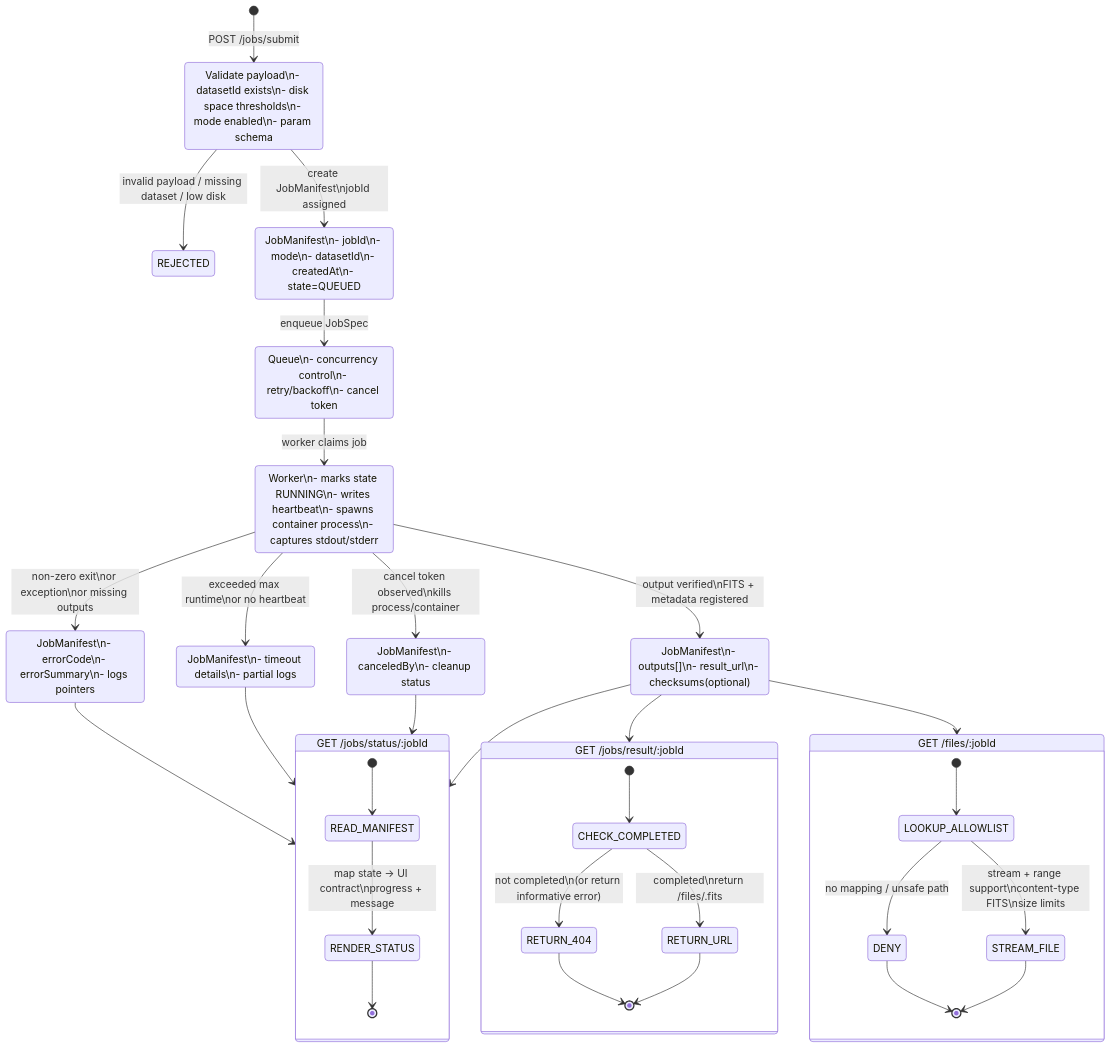
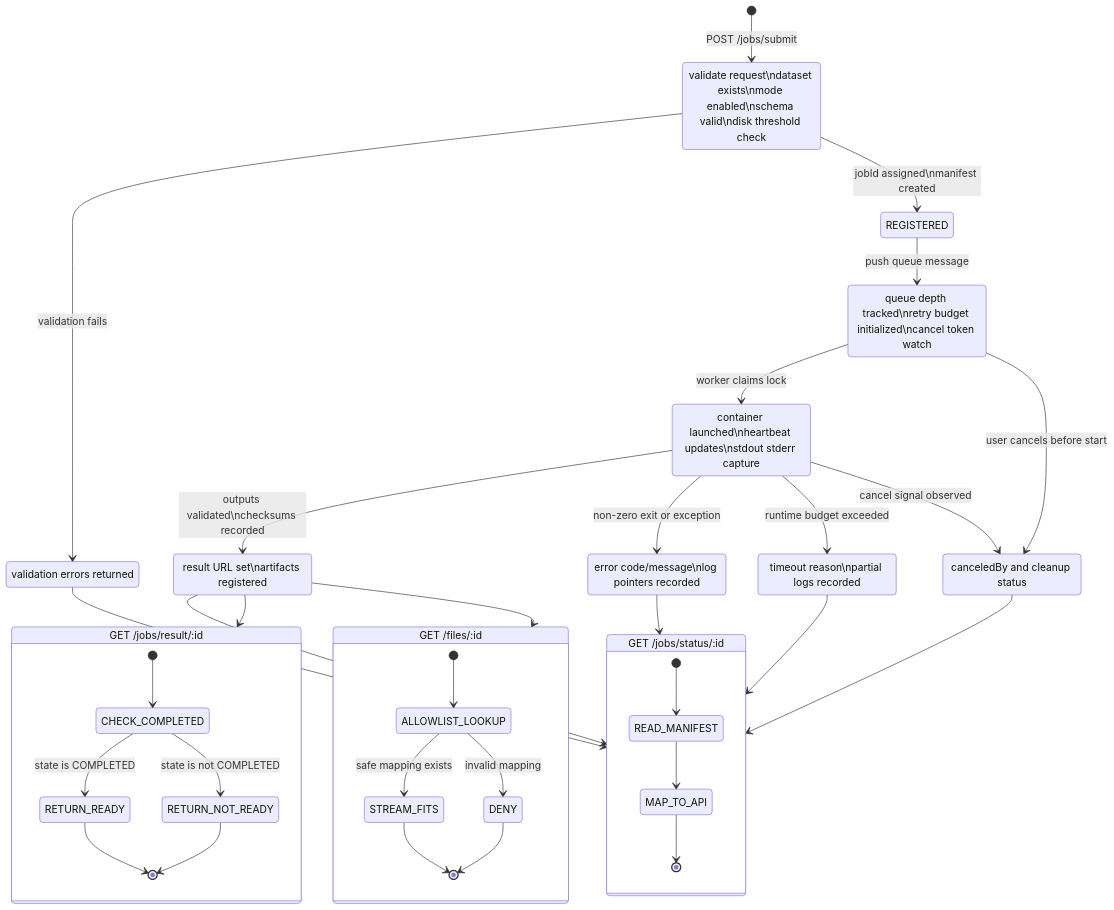
One commit to JeffreySanford/cosmic-horizon changed the second of 3 diagrams in documentation/ideas/jobs-real-data/architecture-diagram.md. Above: the diagram before and after it, drawn with Mermaid. The commit also changed other lines of this file and 33 other files, not shown here.

Commit message:
Phase 3 real‑data jobs: queue architecture, CASA‑Astropy service, tests, CI integration, docs and cleanup

````diff
--- a/documentation/ideas/jobs-real-data/architecture-diagram.md
+++ b/documentation/ideas/jobs-real-data/architecture-diagram.md
@@ -108,62 +127,56 @@
 ```mermaid
 stateDiagram-v2
-  %% ==========================================================
-  %% JOB LIFECYCLE + STATE MACHINE (DEEP DIVE)
-  %% ==========================================================
-
   [*] --> VALIDATING: POST /jobs/submit
 
-  VALIDATING: Validate payload\n- datasetId exists\n- disk space thresholds\n- mode enabled\n- param schema
-  VALIDATING --> REJECTED: invalid payload / missing dataset / low disk
-  VALIDATING --> REGISTERED: create JobManifest\njobId assigned
+  VALIDATING: validate request\ndataset exists\nmode enabled\nschema valid\ndisk threshold check
+  VALIDATING --> REJECTED: validation fails
+  VALIDATING --> REGISTERED: jobId assigned\nmanifest created
 
-  REGISTERED: JobManifest\n- jobId\n- mode\n- datasetId\n- createdAt\n- state=QUEUED
-  REGISTERED --> QUEUED: enqueue JobSpec
+  REGISTERED --> QUEUED: push queue message
 
-  QUEUED: Queue\n- concurrency control\n- retry/backoff\n- cancel token
-  QUEUED --> RUNNING: worker claims job
+  QUEUED: queue depth tracked\nretry budget initialized\ncancel token watch
+  QUEUED --> RUNNING: worker claims lock
+  QUEUED --> CANCELED: user cancels before start
 
-  RUNNING: Worker\n- marks state RUNNING\n- writes heartbeat\n- spawns container process\n- captures stdout/stderr
-  RUNNING --> FAILED: non-zero exit\nor exception\nor missing outputs
-  RUNNING --> TIMED_OUT: exceeded max runtime\nor no heartbeat
-  RUNNING --> CANCELED: cancel token observed\nkills process/container
-  RUNNING --> COMPLETED: output verified\nFITS + metadata registered
+  RUNNING: container launched\nheartbeat updates\nstdout stderr capture
+  RUNNING --> COMPLETED: outputs validated\nchecksums recorded
+  RUNNING --> FAILED: non-zero exit or exception
+  RUNNING --> TIMED_OUT: runtime budget exceeded
+  RUNNING --> CANCELED: cancel signal observed
 
-  FAILED: JobManifest\n- errorCode\n- errorSummary\n- logs pointers
-  TIMED_OUT: JobManifest\n- timeout details\n- partial logs
-  CANCELED: JobManifest\n- canceledBy\n- cleanup status
-  COMPLETED: JobManifest\n- outputs[]\n- result_url\n- checksums(optional)
+  COMPLETED: result URL set\nartifacts registered
+  FAILED: error code/message\nlog pointers recorded
+  TIMED_OUT: timeout reason\npartial logs recorded
+  CANCELED: canceledBy and cleanup status
+  REJECTED: validation errors returned
 
-  %% status polling behavior
-  state "GET /jobs/status/:jobId" as STATUS {
+  state "GET /jobs/status/:id" as STATUS {
     [*] --> READ_MANIFEST
-    READ_MANIFEST --> RENDER_STATUS: map state -> UI contract\nprogress + message
-    RENDER_STATUS --> [*]
+    READ_MANIFEST --> MAP_TO_API
+    MAP_TO_API --> [*]
   }
 
-  %% result behavior
-  state "GET /jobs/result/:jobId" as RESULT {
+  state "GET /jobs/result/:id" as RESULT {
     [*] --> CHECK_COMPLETED
-    CHECK_COMPLETED --> RETURN_404: not completed\n(or return informative error)
-    CHECK_COMPLETED --> RETURN_URL: completed\nreturn /files/<jobId>.fits
-    RETURN_404 --> [*]
-    RETURN_URL --> [*]
+    CHECK_COMPLETED --> RETURN_READY: state is COMPLETED
+    CHECK_COMPLETED --> RETURN_NOT_READY: state is not COMPLETED
+    RETURN_READY --> [*]
+    RETURN_NOT_READY --> [*]
   }
 
-  %% file serving behavior
-  state "GET /files/:jobId" as FILES {
-    [*] --> LOOKUP_ALLOWLIST
-    LOOKUP_ALLOWLIST --> DENY: no mapping / unsafe path
-    LOOKUP_ALLOWLIST --> STREAM_FILE: stream + range support\ncontent-type FITS\nsize limits
+  state "GET /files/:id" as FILES {
+    [*] --> ALLOWLIST_LOOKUP
+    ALLOWLIST_LOOKUP --> STREAM_FITS: safe mapping exists
+    ALLOWLIST_LOOKUP --> DENY: invalid mapping
+    STREAM_FITS --> [*]
     DENY --> [*]
-    STREAM_FILE --> [*]
   }
 
-  %% tie-ins
   COMPLETED --> STATUS
   FAILED --> STATUS
   TIMED_OUT --> STATUS
   CANCELED --> STATUS
+  REJECTED --> STATUS
   COMPLETED --> RESULT
   COMPLETED --> FILES
 ```
````
